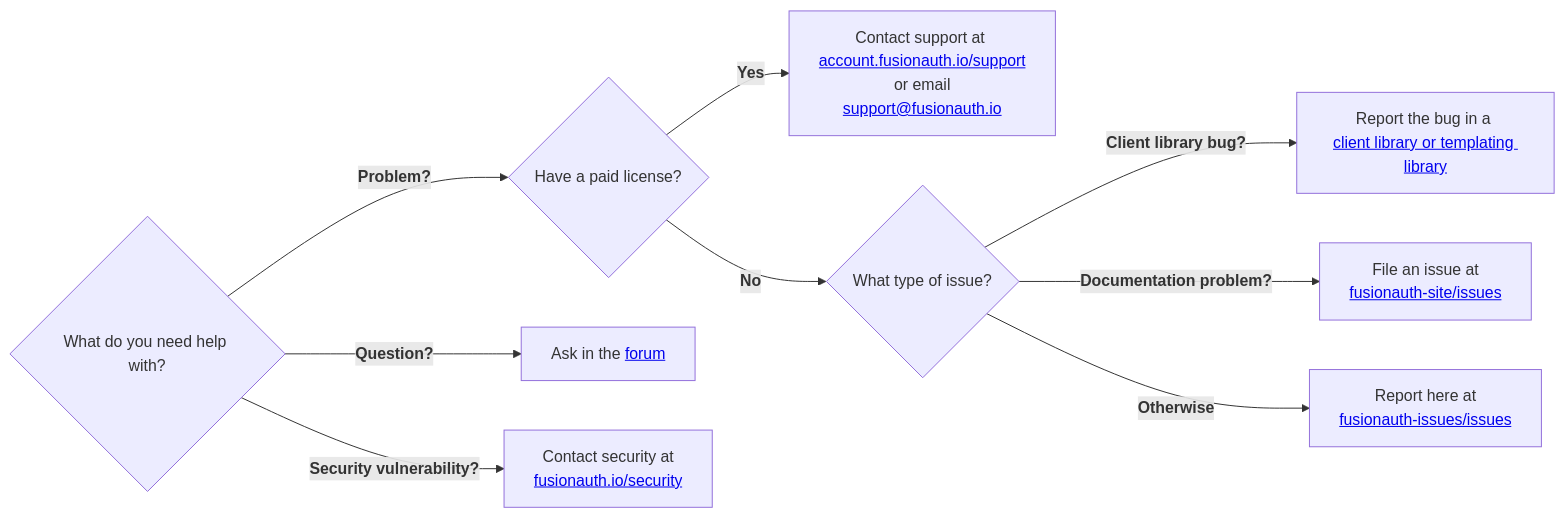
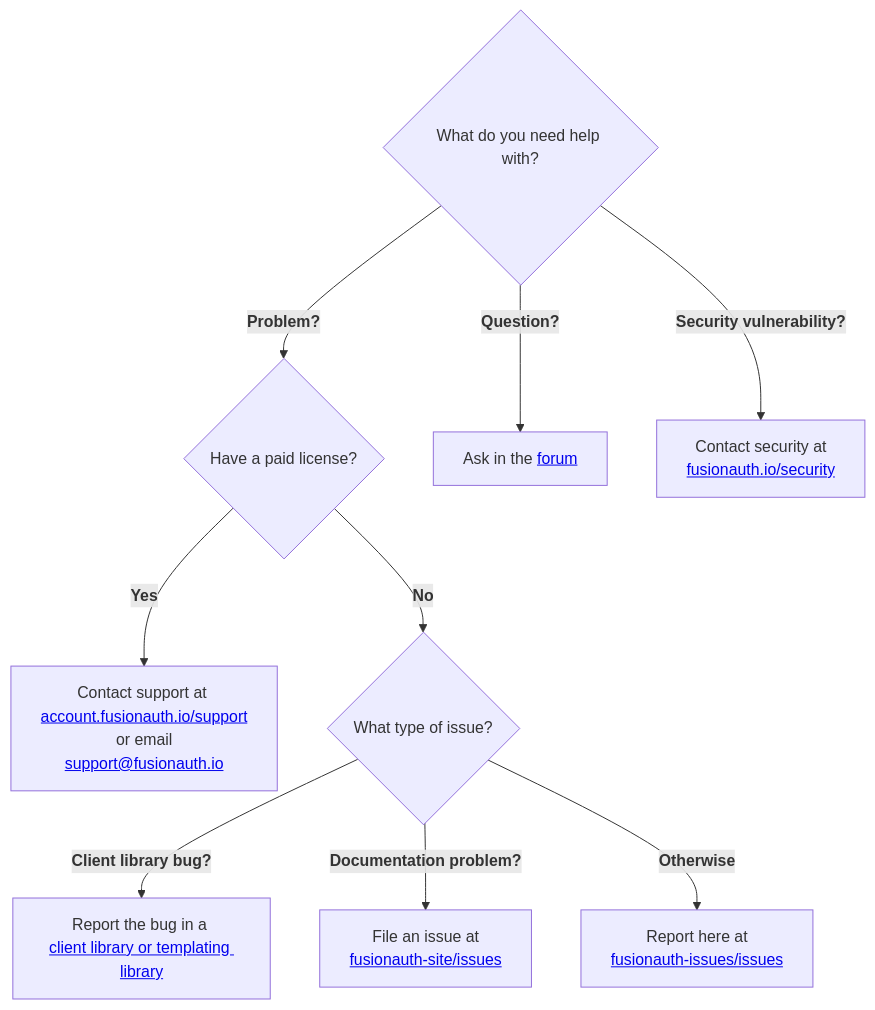
One commit to FusionAuth/fusionauth-issues changed the diagram in README.md. Above: the diagram before and after it, drawn with Mermaid.

Commit message:
switch to TD flow

````diff
--- a/README.md
+++ b/README.md
@@ -5,15 +5,15 @@
 ```mermaid
-flowchart LR
+flowchart TD
     Start{What do you need help with?}
 
     LicenseCheck -->|<b>Yes</b>| Support[Contact support at <br><a href="https://account.fusionauth.io/account/support/">account.fusionauth.io/support</a><br> or email <a href="mailto:support@fusionauth.io">support@fusionauth.io</a>]
     LicenseCheck -->|<b>No</b>| IssueType{What type of issue?}
     
     IssueType -->|<b>Client library bug?</b>| ClientNode[Report the bug in a <br><a href="#client-library-bugs">client library or templating library</a>]
     IssueType -->|<b>Documentation problem?</b>| DocsNode[File an issue at <br><a href="https://github.com/FusionAuth/fusionauth-site/issues">fusionauth-site/issues</a>]
     IssueType -->|<b>Otherwise</b>| ReportNode[Report here at <br><a href="https://github.com/FusionAuth/fusionauth-issues/issues/new/choose">fusionauth-issues/issues</a>]
 
     Start -->|<b>Question?</b>| Forum[Ask in the <a href="https://fusionauth.io/community/forum/">forum</a>]
     Start -->|<b>Security vulnerability?</b>| SecurityNode[Contact security at <br><a href="https://fusionauth.io/security">fusionauth.io/security</a>]
     Start -->|<b>Problem?</b>| LicenseCheck{Have a paid license?}
 ```
````
